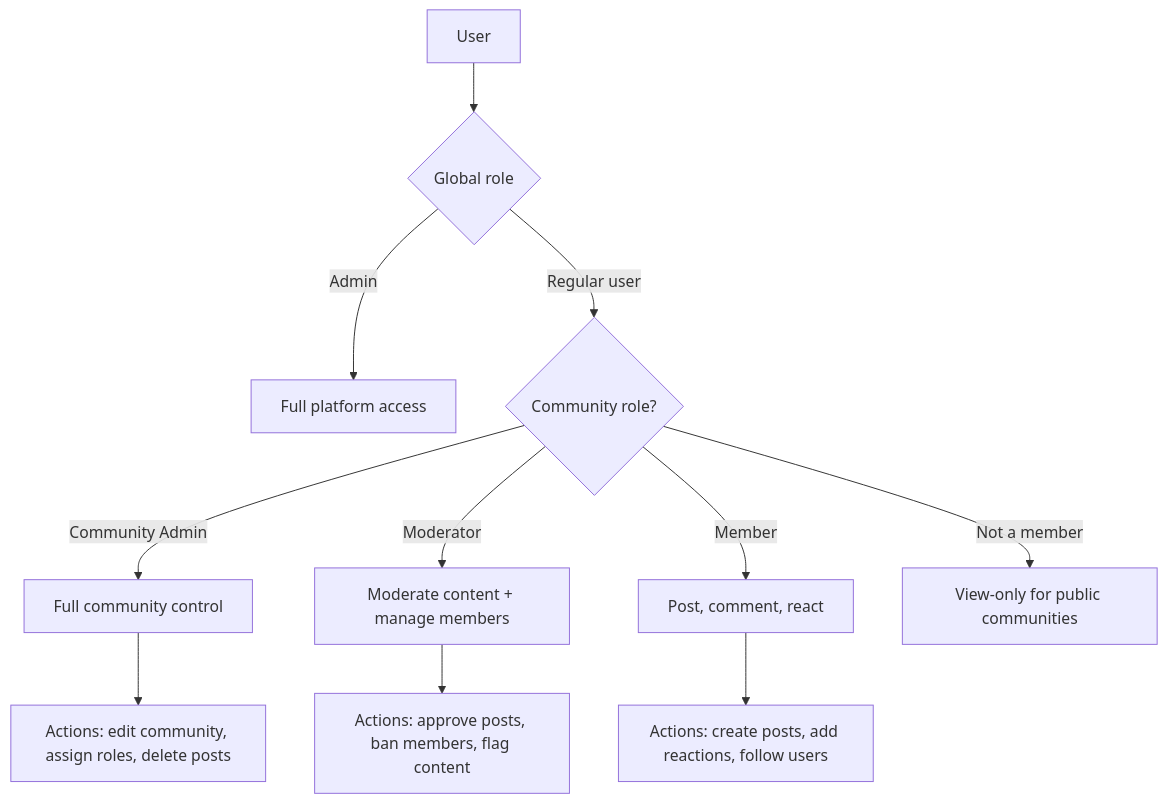
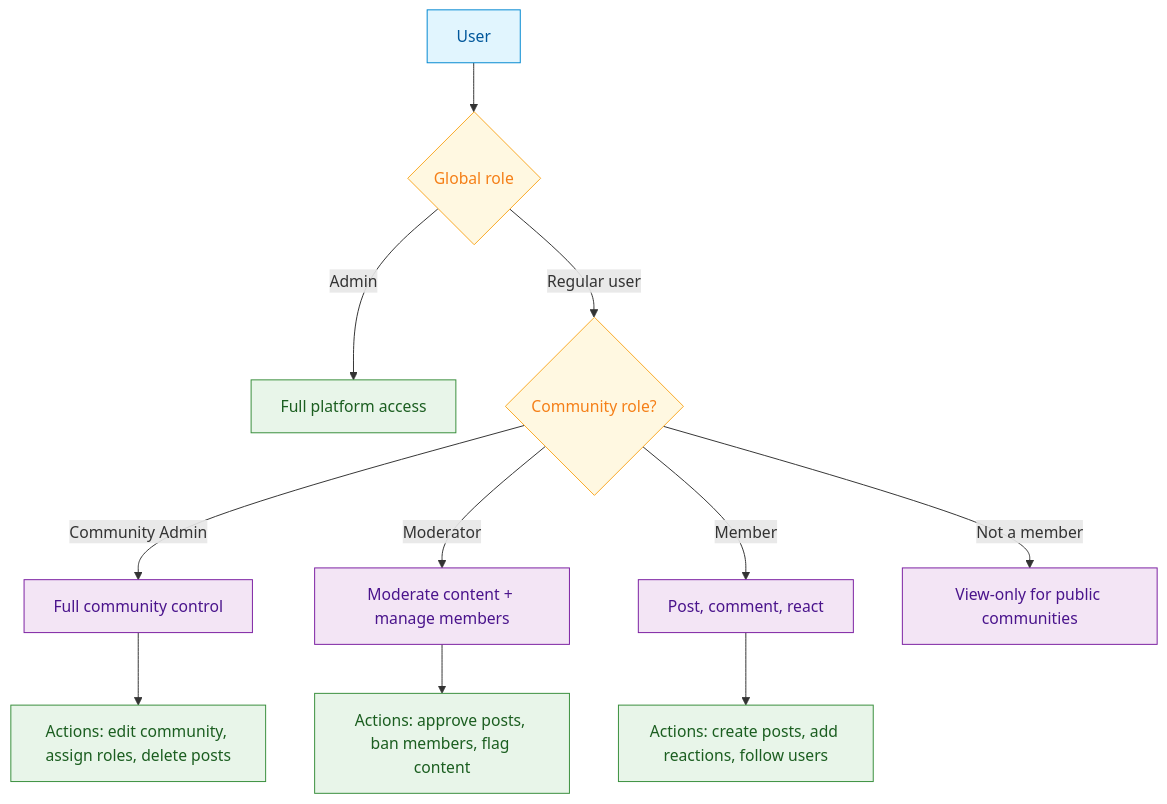
One commit to AmityCo/social-plus-docs changed the diagram in use-cases/social/roles-permissions-and-governance.mdx. Above: the diagram before and after it, drawn with Mermaid. The commit also changed other lines of this file and 26 other files, not shown here.

````diff
--- a/use-cases/social/roles-permissions-and-governance.mdx
+++ b/use-cases/social/roles-permissions-and-governance.mdx
@@ -32,13 +30,23 @@
 ```mermaid
 graph TD
     A[User] --> B{Global role}
     B -->|Admin| C[Full platform access]
     B -->|Regular user| D{Community role?}
     D -->|Community Admin| E[Full community control]
     D -->|Moderator| F[Moderate content + manage members]
     D -->|Member| G[Post, comment, react]
     D -->|Not a member| H[View-only for public communities]
     E --> I[Actions: edit community, assign roles, delete posts]
     F --> J[Actions: approve posts, ban members, flag content]
     G --> K[Actions: create posts, add reactions, follow users]
+
+    classDef action fill:#e1f5fe,stroke:#0288d1,color:#01579b
+    classDef decision fill:#fff8e1,stroke:#f9a825,color:#f57f17
+    classDef process fill:#f3e5f5,stroke:#7b1fa2,color:#4a148c
+    classDef outcome fill:#e8f5e9,stroke:#388e3c,color:#1b5e20
+
+    class A action
+    class B,D decision
+    class E,F,G,H process
+    class C,I,J,K outcome
 ```
````
